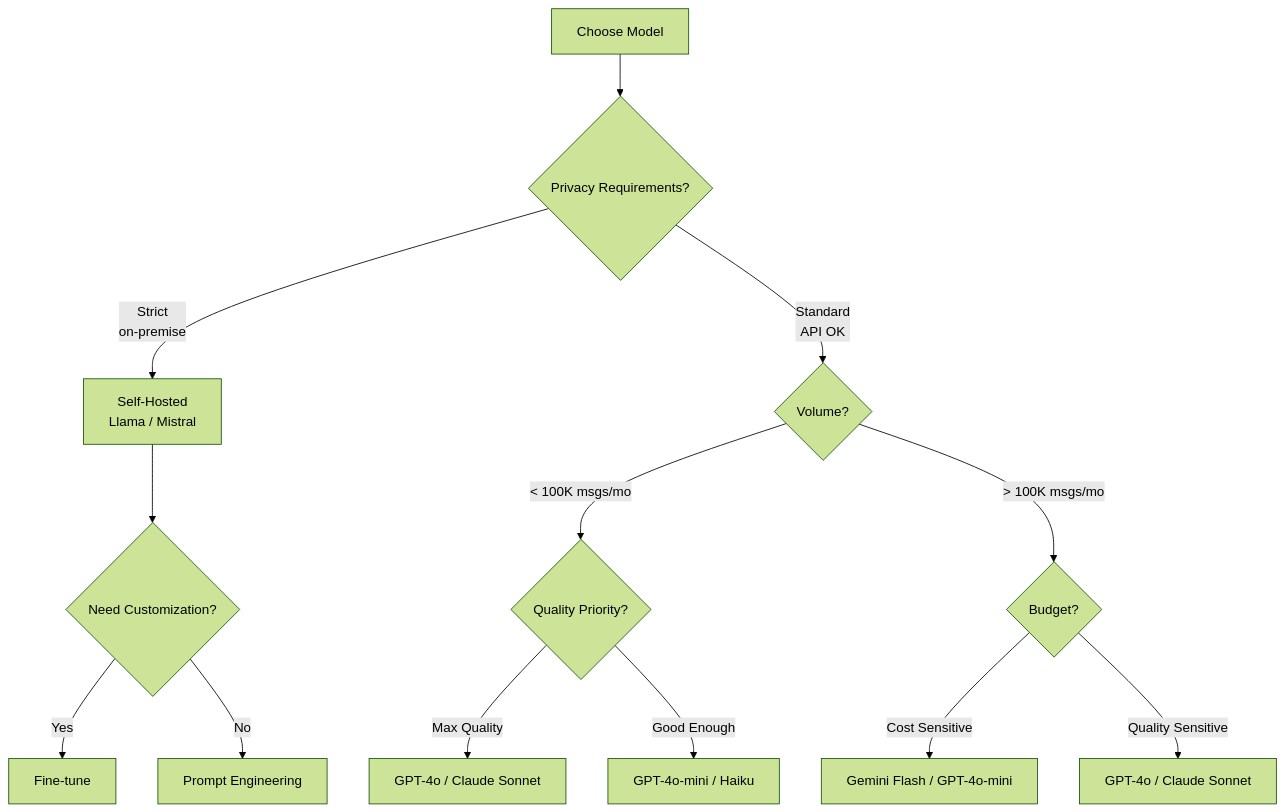
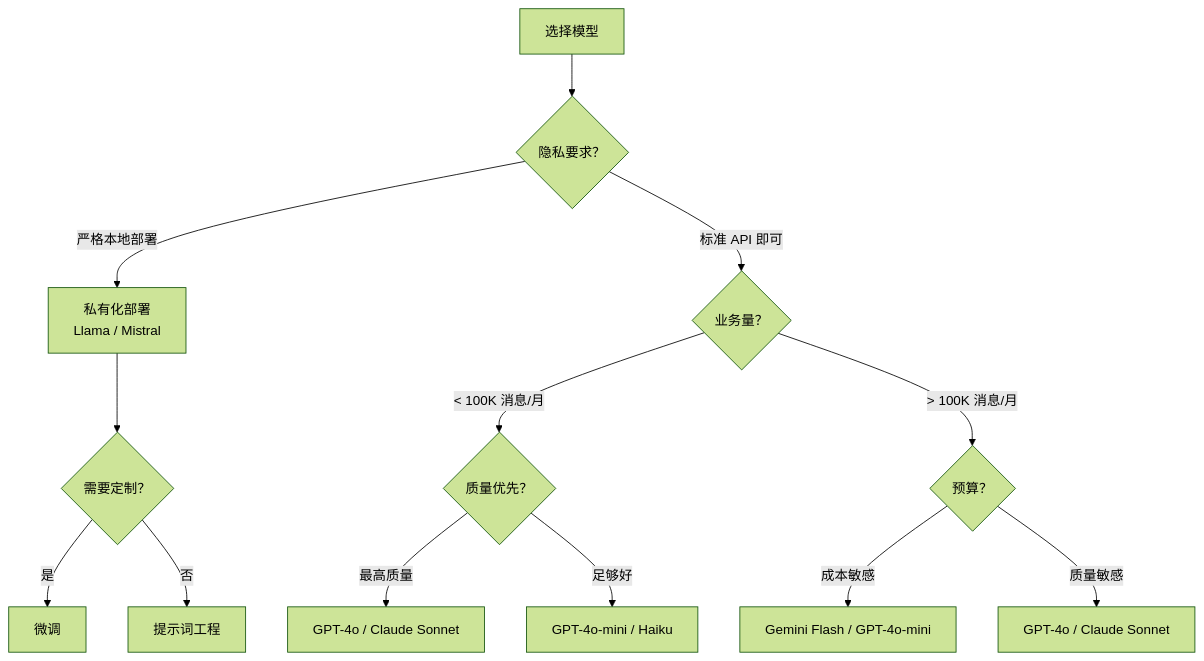
Before and after one commit to stars-labs/ai-driven-customer-service: the first of 3 diagrams in i18n/zh/docusaurus-plugin-content-docs/current/06-ai-models.md, drawn with Mermaid (forest theme). The commit also changed other lines of this file and 15 other files, not shown here.

````diff
--- a/i18n/zh/docusaurus-plugin-content-docs/current/06-ai-models.md
+++ b/i18n/zh/docusaurus-plugin-content-docs/current/06-ai-models.md
@@ -35,20 +35,20 @@
 ```mermaid
 flowchart TB
-    Start[Choose Model] --> Q1{Privacy Requirements?}
+    Start[选择模型] --> Q1{隐私要求？}
 
-    Q1 -->|Strict<br/>on-premise| SelfHost[Self-Hosted<br/>Llama / Mistral]
-    Q1 -->|Standard<br/>API OK| Q2{Volume?}
+    Q1 -->|严格本地部署| SelfHost[私有化部署<br/>Llama / Mistral]
+    Q1 -->|标准 API 即可| Q2{业务量？}
 
-    Q2 -->|< 100K msgs/mo| Q3{Quality Priority?}
-    Q2 -->|> 100K msgs/mo| Q4{Budget?}
+    Q2 -->|< 100K 消息/月| Q3{质量优先？}
+    Q2 -->|> 100K 消息/月| Q4{预算？}
 
-    Q3 -->|Max Quality| GPT4[GPT-4o / Claude Sonnet]
-    Q3 -->|Good Enough| Mini[GPT-4o-mini / Haiku]
+    Q3 -->|最高质量| GPT4[GPT-4o / Claude Sonnet]
+    Q3 -->|足够好| Mini[GPT-4o-mini / Haiku]
 
-    Q4 -->|Cost Sensitive| Cheap[Gemini Flash / GPT-4o-mini]
-    Q4 -->|Quality Sensitive| Premium[GPT-4o / Claude Sonnet]
+    Q4 -->|成本敏感| Cheap[Gemini Flash / GPT-4o-mini]
+    Q4 -->|质量敏感| Premium[GPT-4o / Claude Sonnet]
 
-    SelfHost --> FineTune{Need Customization?}
-    FineTune -->|Yes| FT[Fine-tune]
-    FineTune -->|No| Prompt[Prompt Engineering]
+    SelfHost --> FineTune{需要定制？}
+    FineTune -->|是| FT[微调]
+    FineTune -->|否| Prompt[提示词工程]
 ```
````
